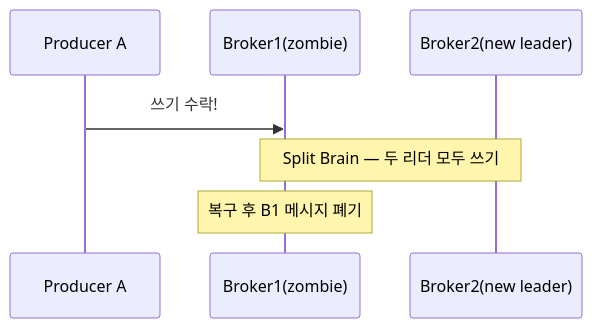
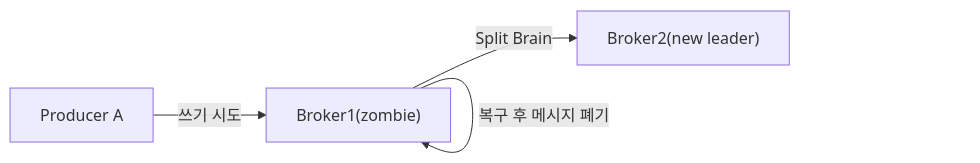
Before and after one commit to yjkim2015/yjkim2015.github.io: diagram 17 of 21 in _posts/kafka/2026-05-01-kafka-extreme-scenarios.md, drawn with Mermaid. The commit also changed other lines of this file and 32 other files, not shown here.

First line of the commit message:
sequenceDiagram 82개 → graph LR 변환 완료

````diff
--- a/_posts/kafka/2026-05-01-kafka-extreme-scenarios.md
+++ b/_posts/kafka/2026-05-01-kafka-extreme-scenarios.md
@@ -524,9 +524,6 @@
 ```mermaid
-sequenceDiagram
-    participant PA as Producer A
-    participant B1 as Broker1(zombie)
-    participant B2 as Broker2(new leader)
-    PA->>B1: 쓰기 수락!
-    Note over B1,B2: Split Brain — 두 리더 모두 쓰기
-    Note over B1: 복구 후 B1 메시지 폐기
+graph LR
+    PA["Producer A"] -->|"쓰기 시도"| B1["Broker1(zombie)"]
+    B1 -->|"Split Brain"| B2["Broker2(new leader)"]
+    B1 -->|"복구 후 메시지 폐기"| B1
 ```
````
